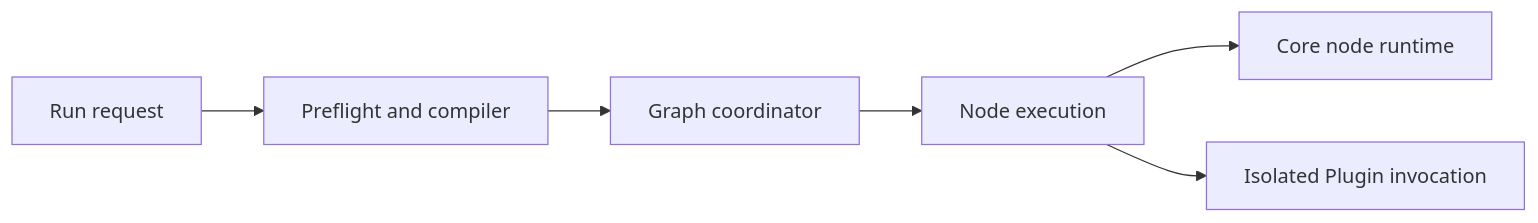
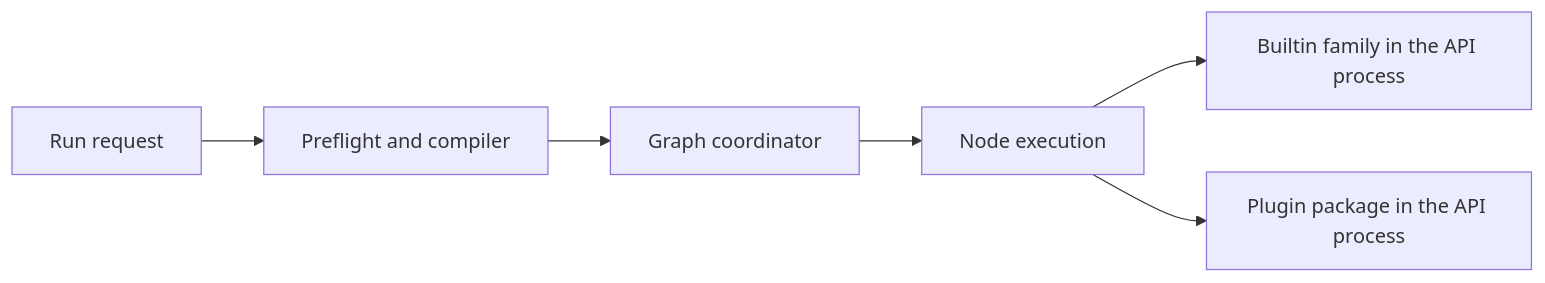
Before and after one commit to artpods56/grafY: the second of 2 diagrams in docs/design/backend-architecture.md, drawn with Mermaid. The commit also changed other lines of this file and 38 other files, not shown here.

````diff
--- a/docs/design/backend-architecture.md
+++ b/docs/design/backend-architecture.md
@@ -140,8 +141,8 @@
 ```mermaid
 flowchart LR
     Request[Run request] --> Prepare[Preflight and compiler]
     Prepare --> Coordinator[Graph coordinator]
     Coordinator --> Node[Node execution]
-    Node --> Builtin[Core node runtime]
-    Node --> Plugin[Isolated Plugin invocation]
+    Node --> Builtin[Builtin family in the API process]
+    Node --> Plugin[Plugin package in the API process]
 ```
````
